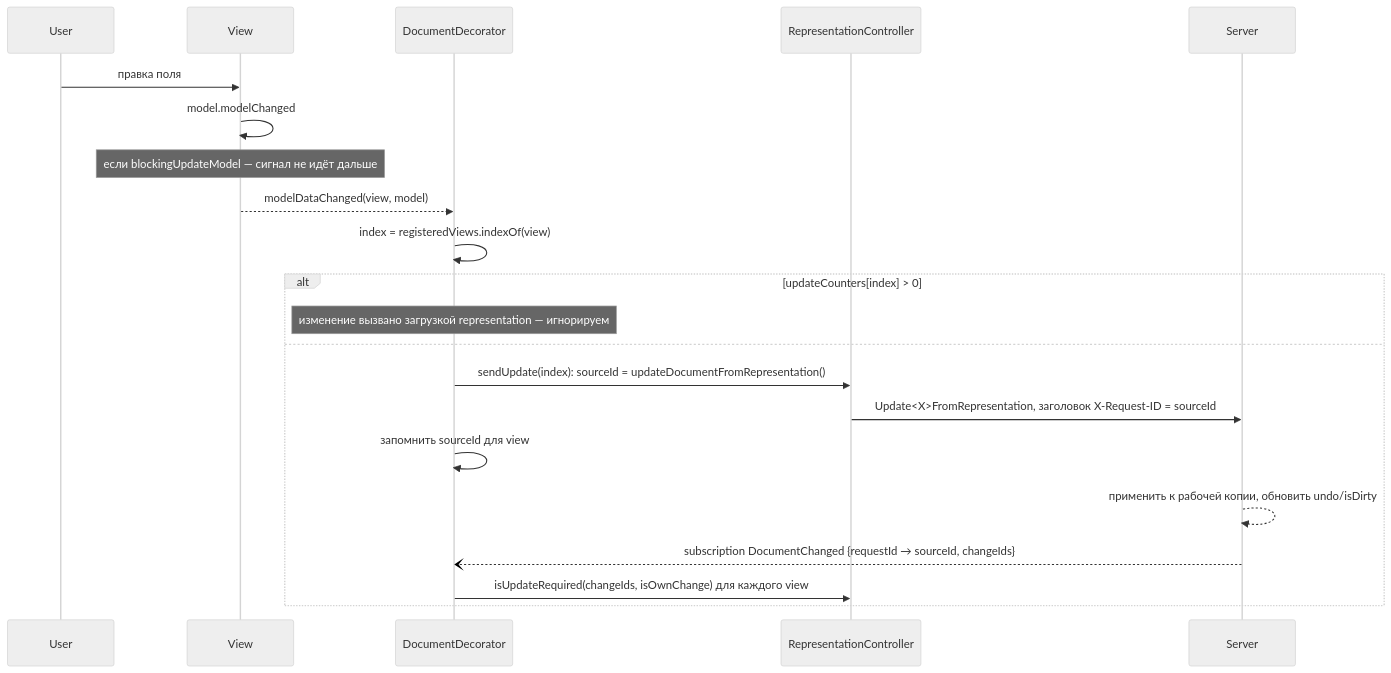
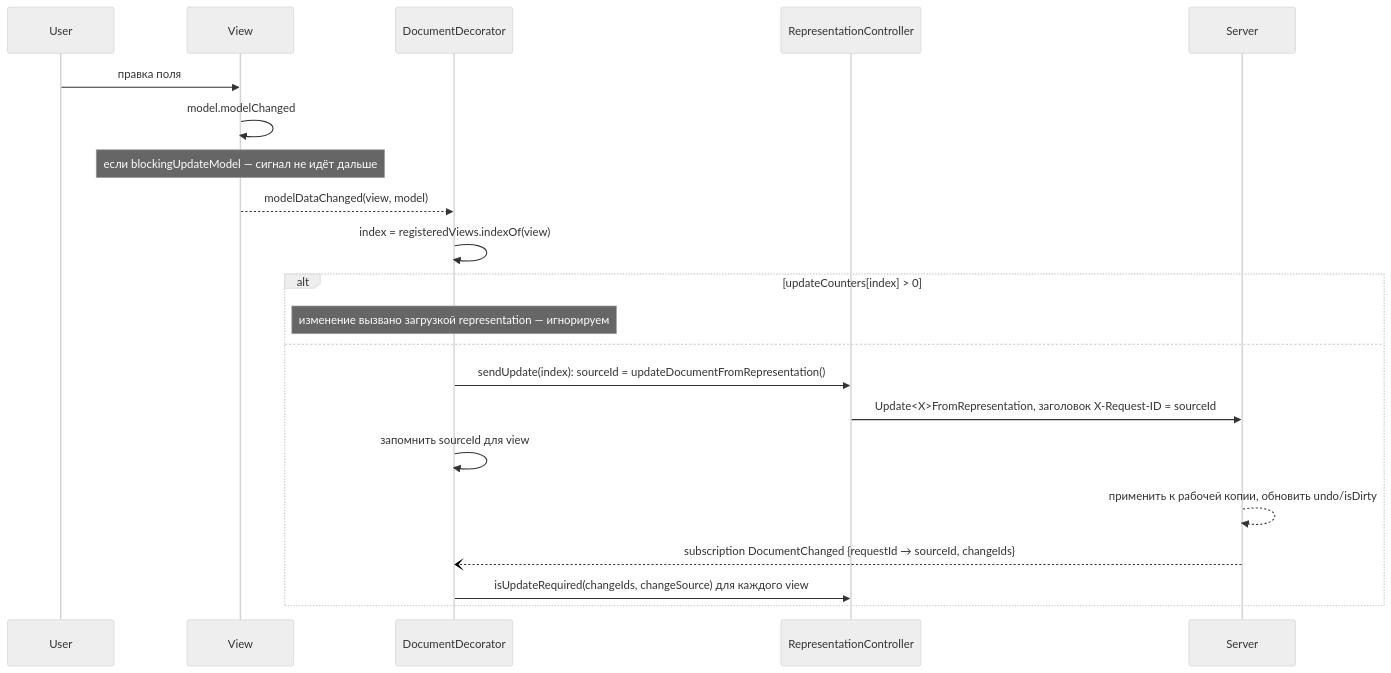
One commit to ImagingTools/ImtCore changed the second of 2 diagrams in Docs/Qml/DocumentService_Client_Architecture.ru.md. Above: the diagram before and after it, drawn with Mermaid (neutral theme). The commit also changed other lines of this file and 3 other files, not shown here.

````diff
--- a/Docs/Qml/DocumentService_Client_Architecture.ru.md
+++ b/Docs/Qml/DocumentService_Client_Architecture.ru.md
@@ -727,24 +728,24 @@
 ```mermaid
 sequenceDiagram
     participant U as User
     participant V as View
     participant D as DocumentDecorator
     participant RC as RepresentationController
     participant S as Server
 
     U->>V: правка поля
     V->>V: model.modelChanged
     Note over V: если blockingUpdateModel — сигнал не идёт дальше
     V-->>D: modelDataChanged(view, model)
     D->>D: index = registeredViews.indexOf(view)
     alt updateCounters[index] > 0
         Note over D: изменение вызвано загрузкой representation — игнорируем
     else
         D->>RC: sendUpdate(index): sourceId = updateDocumentFromRepresentation()
         RC->>S: Update<X>FromRepresentation, заголовок X-Request-ID = sourceId
         D->>D: запомнить sourceId для view
         S-->>S: применить к рабочей копии, обновить undo/isDirty
         S--)D: subscription DocumentChanged {requestId → sourceId, changeIds}
-        D->>RC: isUpdateRequired(changeIds, isOwnChange) для каждого view
+        D->>RC: isUpdateRequired(changeIds, changeSource) для каждого view
     end
 ```
````
